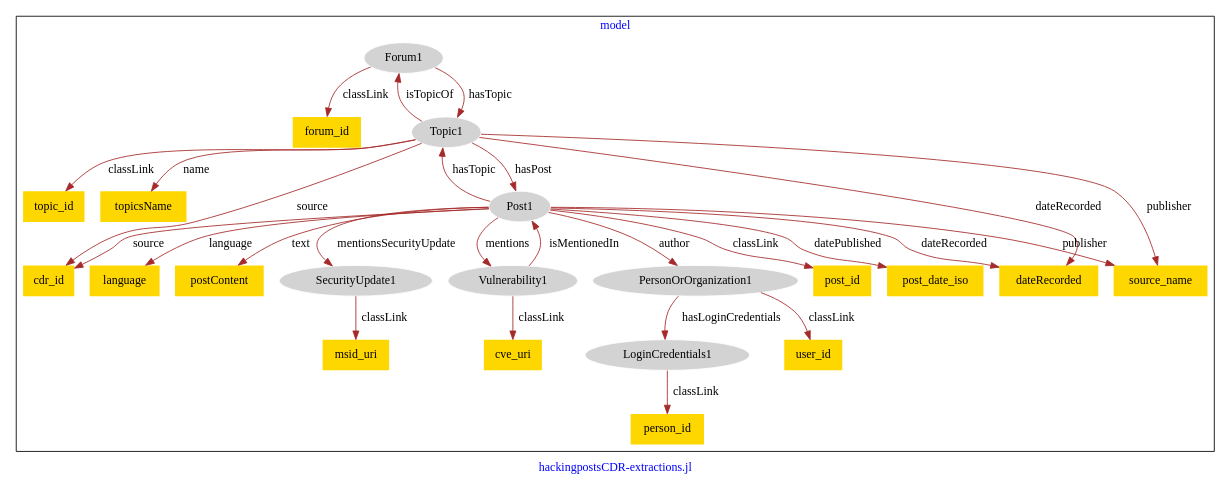
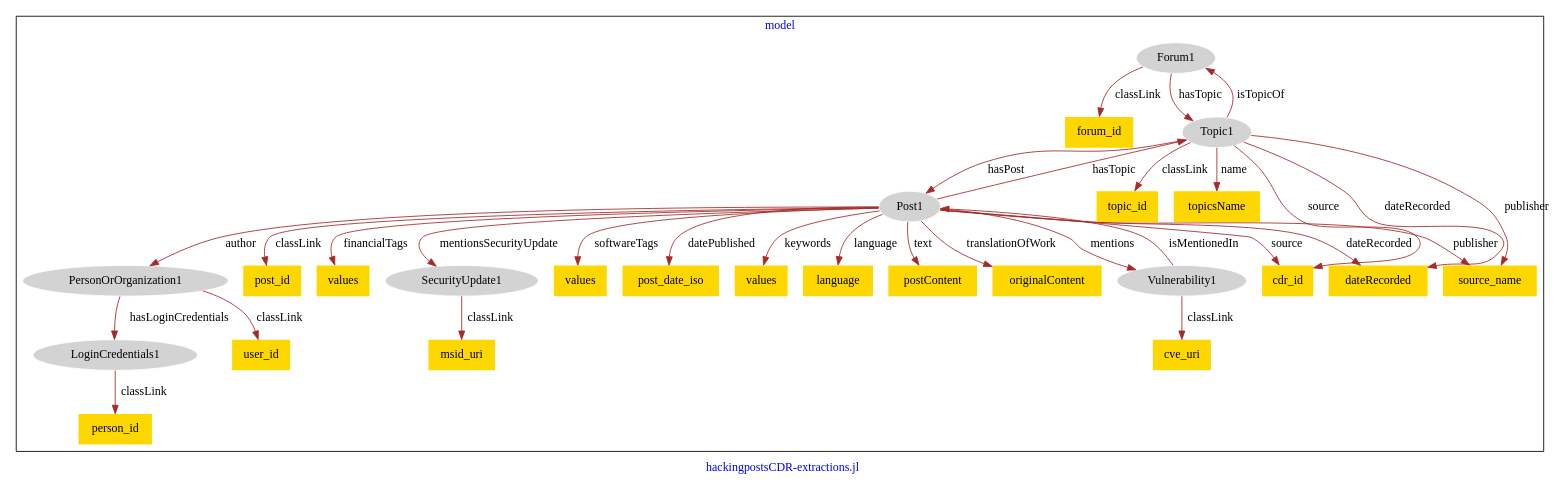
One commit to usc-isi-i2/effect-alignment changed the diagram in models/asu-hacking-posts/hacking_posts-model.dot. Above: the diagram before and after it, drawn with Graphviz.

Commit message:
Update file hacking_posts-model.dot

```diff
--- a/models/asu-hacking-posts/hacking_posts-model.dot
+++ b/models/asu-hacking-posts/hacking_posts-model.dot
@@ -1,55 +1,63 @@
 digraph n0 {
 fontcolor="blue"
 remincross="true"
 label="hackingpostsCDR-extractions.jl"
 subgraph cluster {
 label="model"
 n2[style="filled",color="white",fillcolor="lightgray",label="Forum1"];
 n3[shape="plaintext",style="filled",fillcolor="gold",label="forum_id"];
-n4[style="filled",color="white",fillcolor="lightgray",label="Topic1"];
-n5[style="filled",color="white",fillcolor="lightgray",label="LoginCredentials1"];
-n6[shape="plaintext",style="filled",fillcolor="gold",label="person_id"];
-n7[style="filled",color="white",fillcolor="lightgray",label="PersonOrOrganization1"];
-n8[shape="plaintext",style="filled",fillcolor="gold",label="user_id"];
-n9[style="filled",color="white",fillcolor="lightgray",label="Post1"];
-n10[shape="plaintext",style="filled",fillcolor="gold",label="post_id"];
-n11[shape="plaintext",style="filled",fillcolor="gold",label="post_date_iso"];
-n12[shape="plaintext",style="filled",fillcolor="gold",label="language"];
-n13[shape="plaintext",style="filled",fillcolor="gold",label="postContent"];
-n14[style="filled",color="white",fillcolor="lightgray",label="SecurityUpdate1"];
-n15[shape="plaintext",style="filled",fillcolor="gold",label="msid_uri"];
-n16[shape="plaintext",style="filled",fillcolor="gold",label="topic_id"];
-n17[shape="plaintext",style="filled",fillcolor="gold",label="topicsName"];
-n18[shape="plaintext",style="filled",fillcolor="gold",label="cdr_id"];
-n19[style="filled",color="white",fillcolor="lightgray",label="Vulnerability1"];
-n20[shape="plaintext",style="filled",fillcolor="gold",label="cve_uri"];
-n21[shape="plaintext",style="filled",fillcolor="gold",label="dateRecorded"];
-n22[shape="plaintext",style="filled",fillcolor="gold",label="source_name"];
+n4[style="filled",color="white",fillcolor="lightgray",label="LoginCredentials1"];
+n5[shape="plaintext",style="filled",fillcolor="gold",label="person_id"];
+n6[style="filled",color="white",fillcolor="lightgray",label="PersonOrOrganization1"];
+n7[shape="plaintext",style="filled",fillcolor="gold",label="user_id"];
+n8[style="filled",color="white",fillcolor="lightgray",label="Post1"];
+n9[shape="plaintext",style="filled",fillcolor="gold",label="post_id"];
+n10[shape="plaintext",style="filled",fillcolor="gold",label="values"];
+n11[style="filled",color="white",fillcolor="lightgray",label="SecurityUpdate1"];
+n12[shape="plaintext",style="filled",fillcolor="gold",label="values"];
+n13[shape="plaintext",style="filled",fillcolor="gold",label="post_date_iso"];
+n14[shape="plaintext",style="filled",fillcolor="gold",label="values"];
+n15[shape="plaintext",style="filled",fillcolor="gold",label="language"];
+n16[shape="plaintext",style="filled",fillcolor="gold",label="postContent"];
+n17[shape="plaintext",style="filled",fillcolor="gold",label="originalContent"];
+n18[shape="plaintext",style="filled",fillcolor="gold",label="msid_uri"];
+n19[style="filled",color="white",fillcolor="lightgray",label="Topic1"];
+n20[shape="plaintext",style="filled",fillcolor="gold",label="topic_id"];
+n21[shape="plaintext",style="filled",fillcolor="gold",label="topicsName"];
+n22[shape="plaintext",style="filled",fillcolor="gold",label="cdr_id"];
+n23[style="filled",color="white",fillcolor="lightgray",label="Vulnerability1"];
+n24[shape="plaintext",style="filled",fillcolor="gold",label="cve_uri"];
+n25[shape="plaintext",style="filled",fillcolor="gold",label="dateRecorded"];
+n26[shape="plaintext",style="filled",fillcolor="gold",label="source_name"];
 }
 n2 -> n3[color="brown",fontcolor="black",label="classLink"]
-n2 -> n4[color="brown",fontcolor="black",label="hasTopic"]
-n5 -> n6[color="brown",fontcolor="black",label="classLink"]
-n7 -> n8[color="brown",fontcolor="black",label="classLink"]
-n7 -> n5[color="brown",fontcolor="black",label="hasLoginCredentials"]
-n9 -> n10[color="brown",fontcolor="black",label="classLink"]
-n9 -> n7[color="brown",fontcolor="black",label="author"]
-n9 -> n11[color="brown",fontcolor="black",label="datePublished"]
-n9 -> n12[color="brown",fontcolor="black",label="language"]
-n9 -> n13[color="brown",fontcolor="black",label="text"]
-n14 -> n15[color="brown",fontcolor="black",label="classLink"]
-n4 -> n16[color="brown",fontcolor="black",label="classLink"]
-n4 -> n17[color="brown",fontcolor="black",label="name"]
-n4 -> n18[color="brown",fontcolor="black",label="source"]
+n4 -> n5[color="brown",fontcolor="black",label="classLink"]
+n6 -> n7[color="brown",fontcolor="black",label="classLink"]
+n8 -> n9[color="brown",fontcolor="black",label="classLink"]
+n8 -> n10[color="brown",fontcolor="black",label="financialTags"]
+n8 -> n11[color="brown",fontcolor="black",label="mentionsSecurityUpdate"]
+n8 -> n12[color="brown",fontcolor="black",label="softwareTags"]
+n8 -> n13[color="brown",fontcolor="black",label="datePublished"]
+n8 -> n14[color="brown",fontcolor="black",label="keywords"]
+n8 -> n15[color="brown",fontcolor="black",label="language"]
+n8 -> n16[color="brown",fontcolor="black",label="text"]
+n8 -> n17[color="brown",fontcolor="black",label="translationOfWork"]
+n11 -> n18[color="brown",fontcolor="black",label="classLink"]
 n19 -> n20[color="brown",fontcolor="black",label="classLink"]
-n9 -> n4[color="brown",fontcolor="black",label="hasTopic"]
-n9 -> n14[color="brown",fontcolor="black",label="mentionsSecurityUpdate"]
-n4 -> n9[color="brown",fontcolor="black",label="hasPost"]
-n19 -> n9[color="brown",fontcolor="black",label="isMentionedIn"]
-n9 -> n21[color="brown",fontcolor="black",label="dateRecorded"]
-n4 -> n2[color="brown",fontcolor="black",label="isTopicOf"]
-n9 -> n22[color="brown",fontcolor="black",label="publisher"]
-n4 -> n22[color="brown",fontcolor="black",label="publisher"]
-n9 -> n19[color="brown",fontcolor="black",label="mentions"]
-n4 -> n21[color="brown",fontcolor="black",label="dateRecorded"]
-n9 -> n18[color="brown",fontcolor="black",label="source"]
+n19 -> n21[color="brown",fontcolor="black",label="name"]
+n19 -> n22[color="brown",fontcolor="black",label="source"]
+n23 -> n24[color="brown",fontcolor="black",label="classLink"]
+n8 -> n25[color="brown",fontcolor="black",label="dateRecorded"]
+n8 -> n19[color="brown",fontcolor="black",label="hasTopic"]
+n6 -> n4[color="brown",fontcolor="black",label="hasLoginCredentials"]
+n8 -> n6[color="brown",fontcolor="black",label="author"]
+n8 -> n22[color="brown",fontcolor="black",label="source"]
+n19 -> n8[color="brown",fontcolor="black",label="hasPost"]
+n23 -> n8[color="brown",fontcolor="black",label="isMentionedIn"]
+n19 -> n26[color="brown",fontcolor="black",label="publisher"]
+n19 -> n2[color="brown",fontcolor="black",label="isTopicOf"]
+n19 -> n25[color="brown",fontcolor="black",label="dateRecorded"]
+n2 -> n19[color="brown",fontcolor="black",label="hasTopic"]
+n8 -> n23[color="brown",fontcolor="black",label="mentions"]
+n8 -> n26[color="brown",fontcolor="black",label="publisher"]
 }
```
